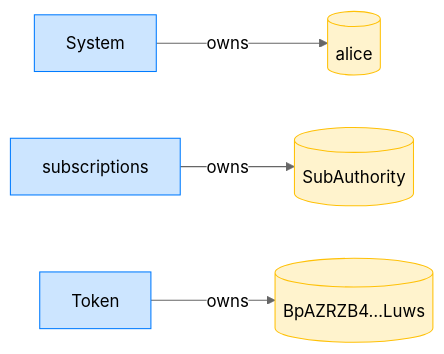
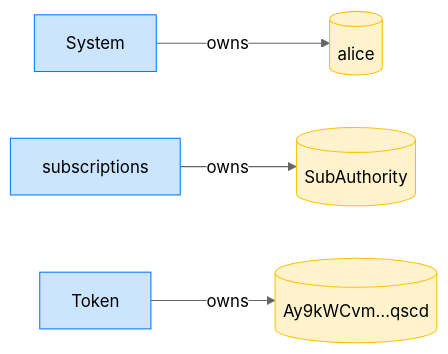
Before and after one commit to cds-rs/subscriptions: the fourth of 16 diagrams in dsl_tests/cancel-rejects-an-already-cancelled-subscription.md, drawn with Mermaid (neutral theme). The commit also changed other lines of this file and 224 other files, not shown here.

````diff
--- a/dsl_tests/cancel-rejects-an-already-cancelled-subscription.md
+++ b/dsl_tests/cancel-rejects-an-already-cancelled-subscription.md
@@ -73,14 +78,14 @@
 ```mermaid
 flowchart LR
     classDef owner fill:#cce5ff,stroke:#007bff;
     classDef account fill:#fff3cd,stroke:#ffc107;
     System[System]:::owner
     alice[(alice)]:::account
     subscriptions[subscriptions]:::owner
     SubAuthority[(SubAuthority)]:::account
     Token[Token]:::owner
-    BpAZRZB4_Luws[("BpAZRZB4…Luws")]:::account
+    Ay9kWCvm_qscd[("Ay9kWCvm…qscd")]:::account
     System -->|owns| alice
     subscriptions -->|owns| SubAuthority
-    Token -->|owns| BpAZRZB4_Luws
+    Token -->|owns| Ay9kWCvm_qscd
 ```
````
